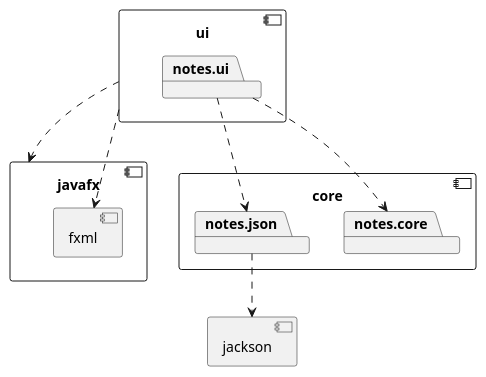
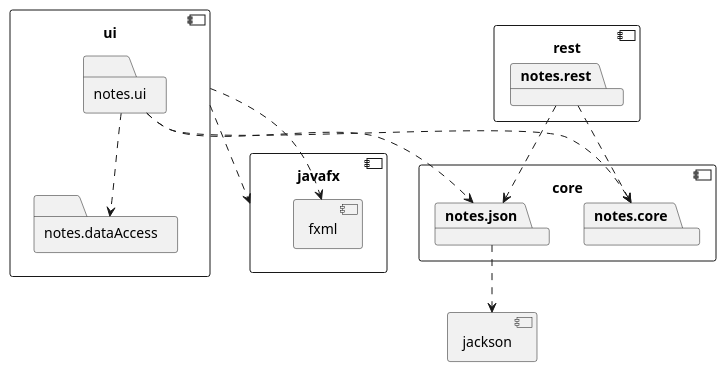
One commit to aasmul1/Informatikk-Prosjektarbeid changed the diagram in notes/diagrams/src/architecture.puml. Above: the diagram before and after it, drawn with PlantUML.

Commit message:
added the rest module to the architecture puml

```diff
--- a/notes/diagrams/src/architecture.puml
+++ b/notes/diagrams/src/architecture.puml
@@ -1,30 +1,39 @@
 @startuml architecture.puml
 
 component core {
 	package notes.core
 	package notes.json
 }
 
 component jackson {
 }
 
 notes.json ..> jackson
 
 component ui {
- 	package notes.ui
+ 	folder notes.ui
+    folder notes.dataAccess
 }
 
 notes.ui ..> notes.core
 notes.ui ..> notes.json
 
 component javafx {
  	component fxml {
  	}
 }
 
 ui ..> javafx
 ui ..> fxml
+notes.ui ..> notes.dataAccess
 
 
+component rest {
+	package notes.rest
+}
+
+notes.rest ..> notes.core
+
+notes.rest ..> notes.json
 
 @enduml
```
